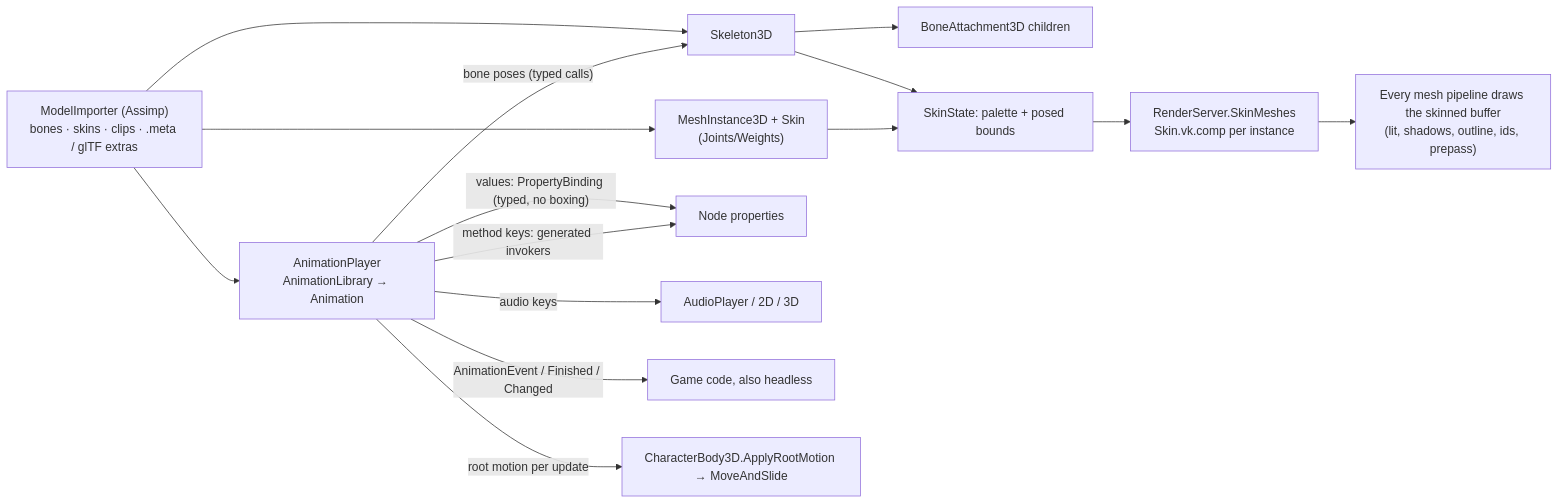
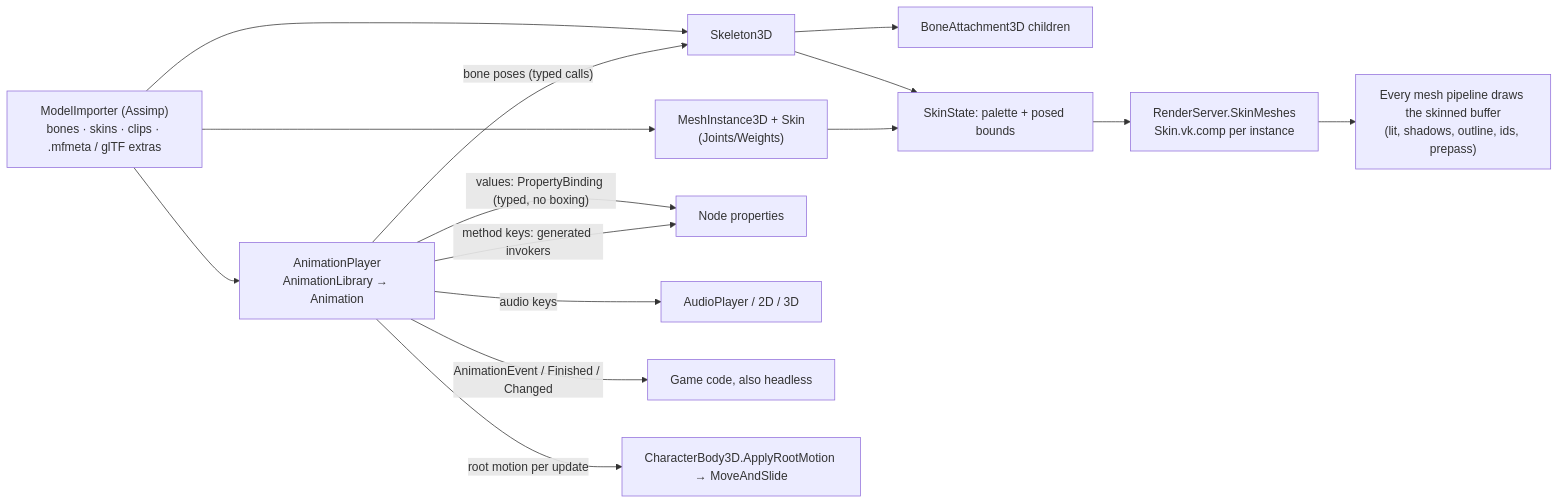
One commit to Mainframe-Games/mainframe-engine changed the first of 2 diagrams in docs/design/animation.md. Above: the diagram before and after it, drawn with Mermaid. The commit also changed other lines of this file and 886 other files, not shown here.

````diff
--- a/docs/design/animation.md
+++ b/docs/design/animation.md
@@ -13,17 +13,17 @@
 ```mermaid
 flowchart LR
-    I["ModelImporter (Assimp)<br/>bones · skins · clips · .meta / glTF extras"] --> S[Skeleton3D]
+    I["ModelImporter (Assimp)<br/>bones · skins · clips · .mfmeta / glTF extras"] --> S[Skeleton3D]
     I --> M["MeshInstance3D + Skin<br/>(Joints/Weights)"]
     I --> P["AnimationPlayer<br/>AnimationLibrary → Animation"]
     P -->|"bone poses (typed calls)"| S
     P -->|"values: PropertyBinding (typed, no boxing)"| V[Node properties]
     P -->|"method keys: generated invokers"| V
     P -->|"audio keys"| U["AudioPlayer / 2D / 3D"]
     P -->|"AnimationEvent / Finished / Changed"| G[Game code, also headless]
     P -->|"root motion per update"| B["CharacterBody3D.ApplyRootMotion → MoveAndSlide"]
     S --> A[BoneAttachment3D children]
     S --> K["SkinState: palette + posed bounds"]
     M --> K
     K --> C["RenderServer.SkinMeshes<br/>Skin.vk.comp per instance"]
     C --> D["Every mesh pipeline draws the skinned buffer<br/>(lit, shadows, outline, ids, prepass)"]
 ```
````
